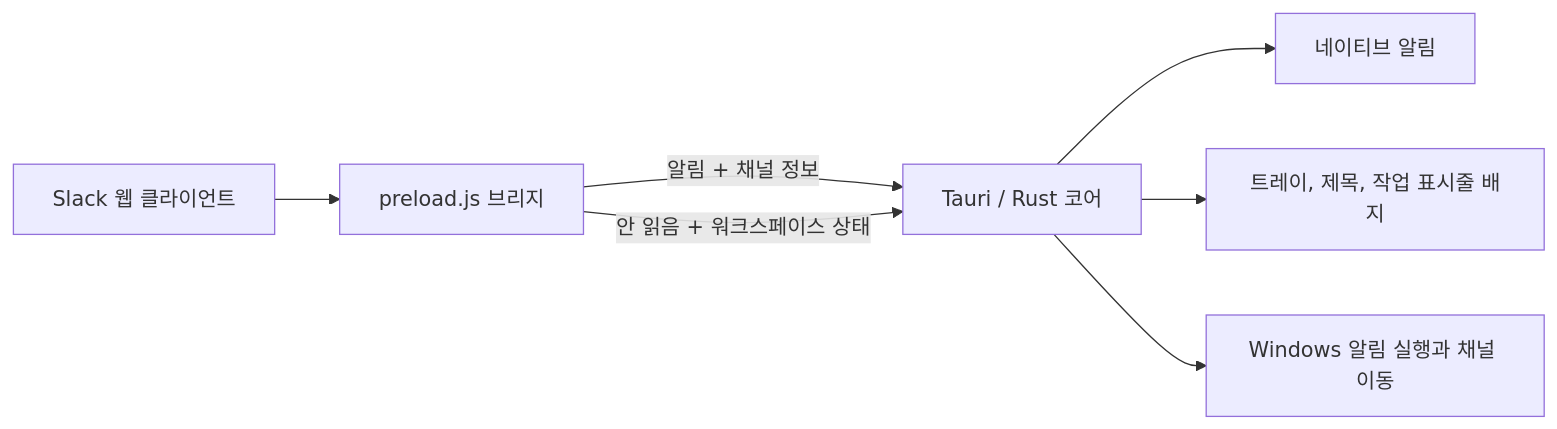
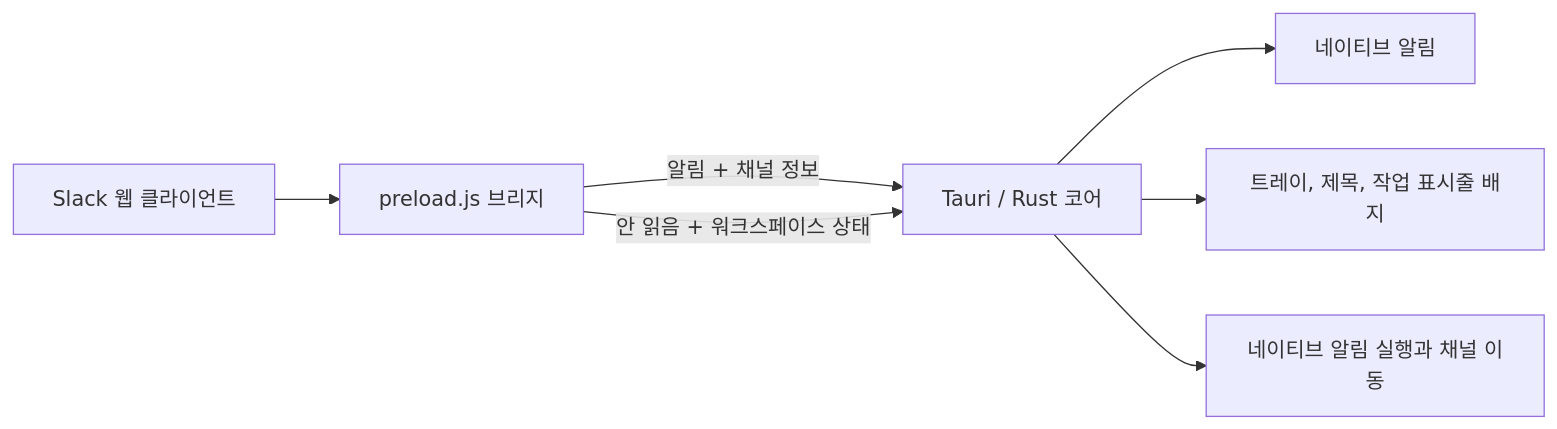
The diagram in README.ko.md (sanguneo/zlack), drawn with Mermaid before and after one commit. The commit also changed other lines of this file and 19 other files, not shown here.

````diff
--- a/README.ko.md
+++ b/README.ko.md
@@ -104,9 +105,9 @@
 ```mermaid
 flowchart LR
     A["Slack 웹 클라이언트"] --> B["preload.js 브리지"]
     B -->|"알림 + 채널 정보"| C["Tauri / Rust 코어"]
     B -->|"안 읽음 + 워크스페이스 상태"| C
     C --> D["네이티브 알림"]
     C --> E["트레이, 제목, 작업 표시줄 배지"]
-    C --> F["Windows 알림 실행과 채널 이동"]
+    C --> F["네이티브 알림 실행과 채널 이동"]
 ```
````
